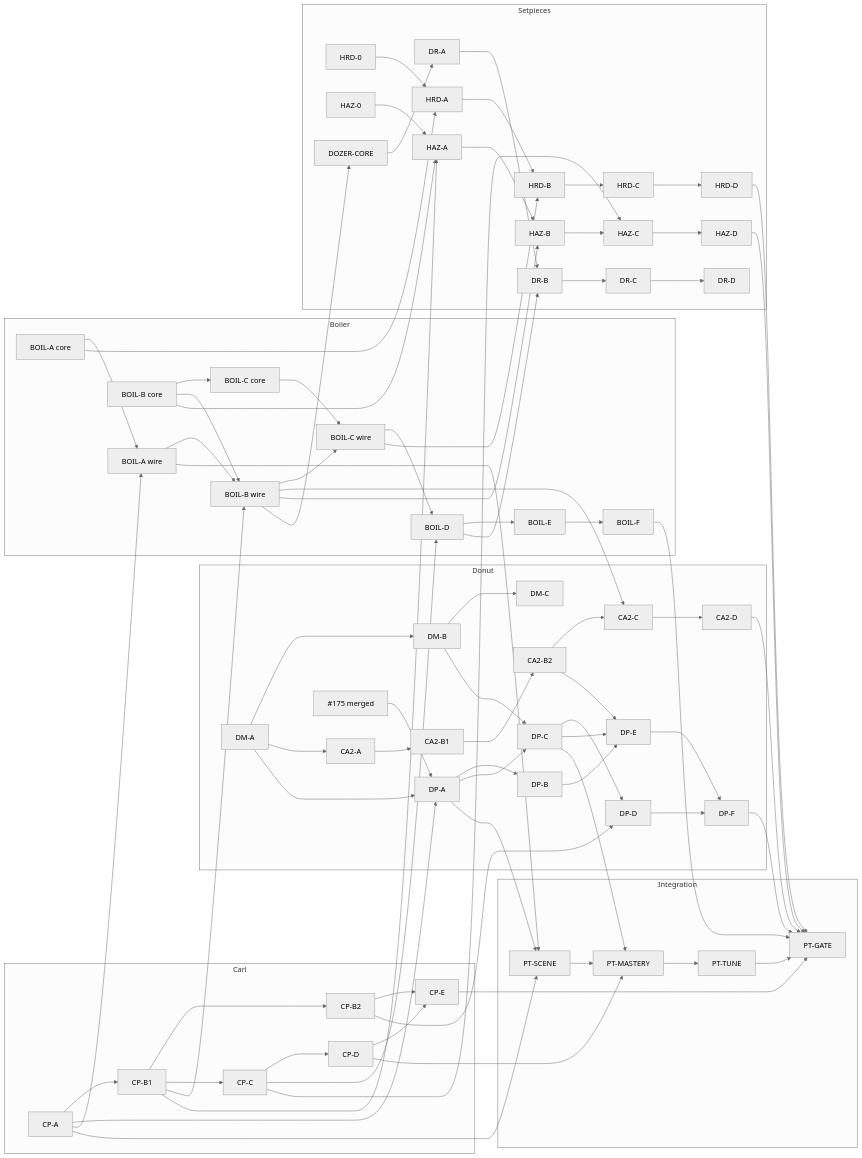
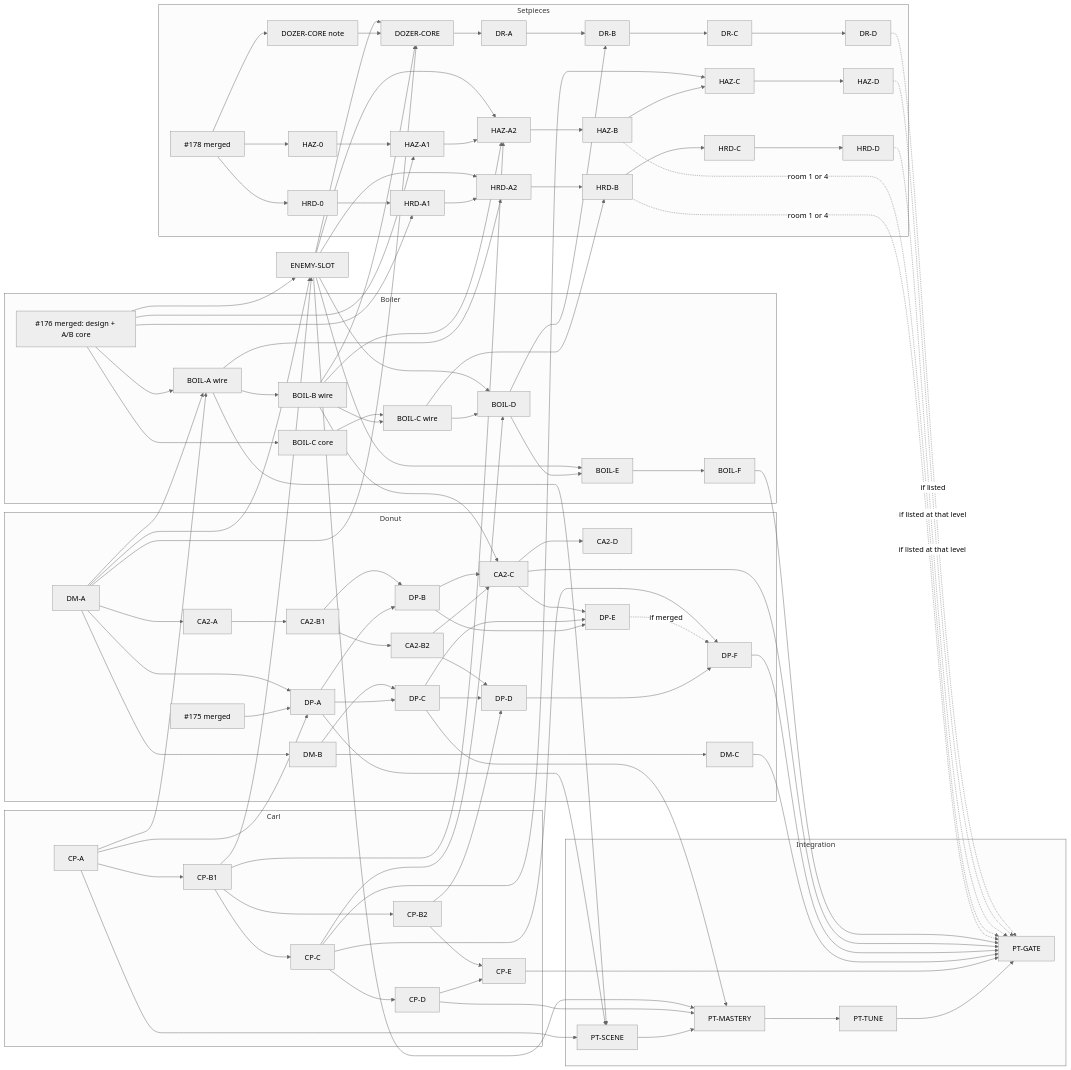
Before and after one commit to pando85/dungeon-floorbreak: the diagram in docs/07-agents/f01-playtest-integration-plan.md, drawn with Mermaid (neutral theme). The commit also changed other lines of this file, not shown here.

````diff
--- a/docs/07-agents/f01-playtest-integration-plan.md
+++ b/docs/07-agents/f01-playtest-integration-plan.md
@@ -162,18 +214,24 @@
 ```mermaid
 flowchart LR
+  P175[#175 merged]
+  P176[#176 merged: design + A/B core]
+  P178[#178 merged]
   subgraph Donut
     DMA[DM-A]-->DMB[DM-B]-->DMC[DM-C]
     DMA-->CA2A[CA2-A]-->CA2B1[CA2-B1]-->CA2B2[CA2-B2]-->CA2C[CA2-C]-->CA2D[CA2-D]
-    P175[#175 merged]-->DPA[DP-A]
+    P175-->DPA[DP-A]
     DPA-->DPB[DP-B]
     DPA-->DPC[DP-C]
     DMB-->DPC
+    CA2B1-->DPB
+    DPB-->CA2C
     DPC-->DPD[DP-D]
+    CA2B2-->DPD
     DPB-->DPE[DP-E]
     DPC-->DPE
-    CA2B2-->DPE
+    CA2C-->DPE
     DPD-->DPF[DP-F]
-    DPE-->DPF
+    DPE-.->|if merged|DPF
   end
   subgraph Carl
     CPA[CP-A]-->CPB1[CP-B1]-->CPB2[CP-B2]
@@ -183,28 +241,37 @@
   DMA-->DPA
   CPA-->DPA
   CPB2-->DPD
+  CPC-->DPF
   subgraph Boiler
-    BAc[BOIL-A core]-->BAw[BOIL-A wire]
-    BBc[BOIL-B core]-->BCc[BOIL-C core]
-    BAw-->BBw[BOIL-B wire]-->BCw[BOIL-C wire]-->BD[BOIL-D]-->BE[BOIL-E]-->BF[BOIL-F]
-    BBc-->BBw
-    BCc-->BCw
+    P176-->BAw[BOIL-A wire]-->BBw[BOIL-B wire]-->BCw[BOIL-C wire]-->BD[BOIL-D]-->BE[BOIL-E]-->BF[BOIL-F]
+    P176-->BCc[BOIL-C core]-->BCw
   end
+  DMA-->BAw
   CPA-->BAw
-  CPB1-->BBw
   CPC-->BD
   BBw-->CA2C
+  ES[ENEMY-SLOT]
+  DMA-->ES
+  CPB1-->ES
+  P176-->ES
+  ES-->BD
+  ES-->BE
   subgraph Setpieces
-    H0[HRD-0]-->HA[HRD-A]-->HB[HRD-B]-->HC[HRD-C]-->HD[HRD-D]
-    Z0[HAZ-0]-->ZA[HAZ-A]-->ZB[HAZ-B]-->ZC[HAZ-C]-->ZD[HAZ-D]
-    DC[DOZER-CORE]-->DRA[DR-A]-->DRB[DR-B]-->DRC[DR-C]-->DRD[DR-D]
+    P178-->H0[HRD-0]-->HA1[HRD-A1]-->HA2[HRD-A2]-->HB[HRD-B]-->HC[HRD-C]-->HD[HRD-D]
+    P178-->Z0[HAZ-0]-->ZA1[HAZ-A1]-->ZA2[HAZ-A2]-->ZB[HAZ-B]-->ZC[HAZ-C]-->ZD[HAZ-D]
+    P178-->DN[DOZER-CORE note]-->DC[DOZER-CORE]-->DRA[DR-A]-->DRB[DR-B]-->DRC[DR-C]-->DRD[DR-D]
   end
-  BAc-->HA
+  P176-->HA1
+  P176-->ZA1
+  ES-->HA2
+  BAw-->HA2
   BCw-->HB
-  CPB1-->ZA
-  BBc-->ZA
-  BBw-->ZB
+  ES-->ZA2
+  CPB1-->ZA2
+  BBw-->ZA2
   CPC-->ZC
+  DMA-->DC
+  ES-->DC
   BBw-->DC
   BD-->DRB
   subgraph Integration
@@ -215,10 +282,15 @@
   BAw-->PTS
   CPD-->PTM
   DPC-->PTM
+  ES-->PTM
   CPE-->PTG
+  DMC-->PTG
   DPF-->PTG
-  CA2D-->PTG
+  CA2C-->PTG
   BF-->PTG
-  HD-->PTG
-  ZD-->PTG
+  HB-.->|room 1 or 4|PTG
+  ZB-.->|room 1 or 4|PTG
+  HD-.->|if listed at that level|PTG
+  ZD-.->|if listed at that level|PTG
+  DRD-.->|if listed|PTG
 ```
````
